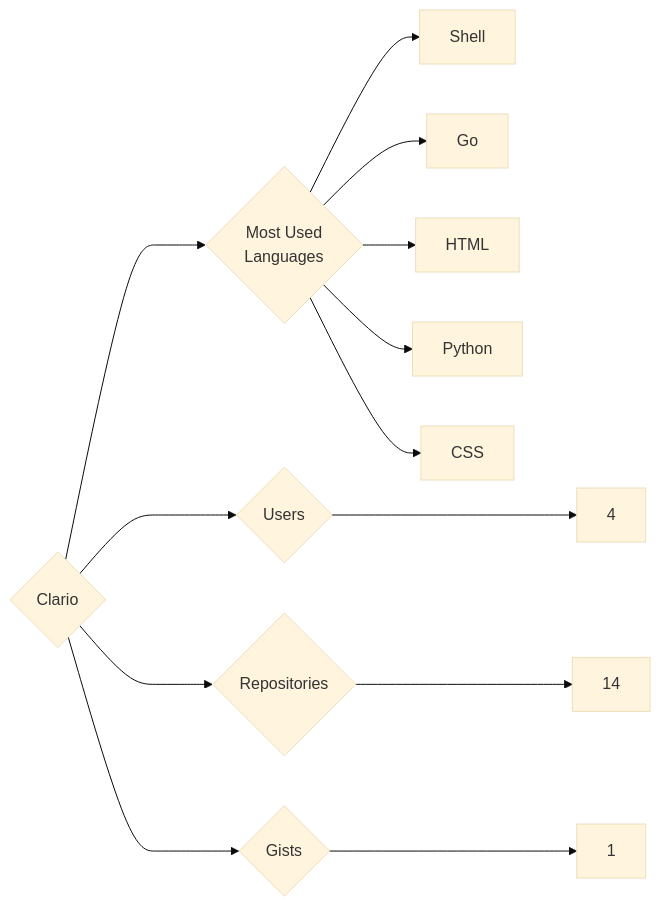
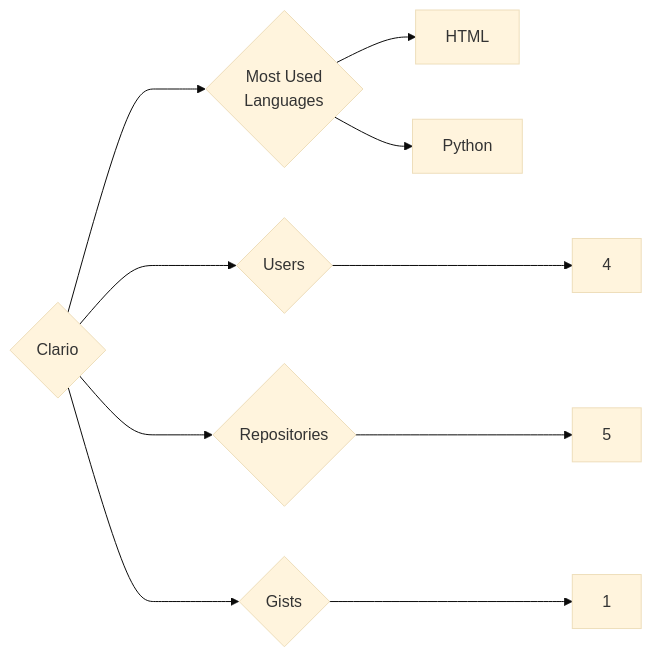
Before and after one commit to trickest/insiders: the diagram in targets/Clario/README.md, drawn with Mermaid (base theme). The commit also changed 1238 other files, not shown here.

````diff
--- a/targets/Clario/README.md
+++ b/targets/Clario/README.md
@@ -3,13 +3,10 @@
 ```mermaid
 graph LR
 COMPANY_NAME{Clario}
 COMPANY_NAME ---> U{Users} ---> UN[4]
-COMPANY_NAME ---> R{Repositories} ---> RN[14]
+COMPANY_NAME ---> R{Repositories} ---> RN[5]
 COMPANY_NAME ---> G{Gists} ---> GN[1]
 COMPANY_NAME ---> ML{Most Used<br>Languages}
-ML --> Shell[Shell]
-ML --> Go[Go]
 ML --> HTML[HTML]
 ML --> Python[Python]
-ML --> CSS[CSS]
 ```
````
